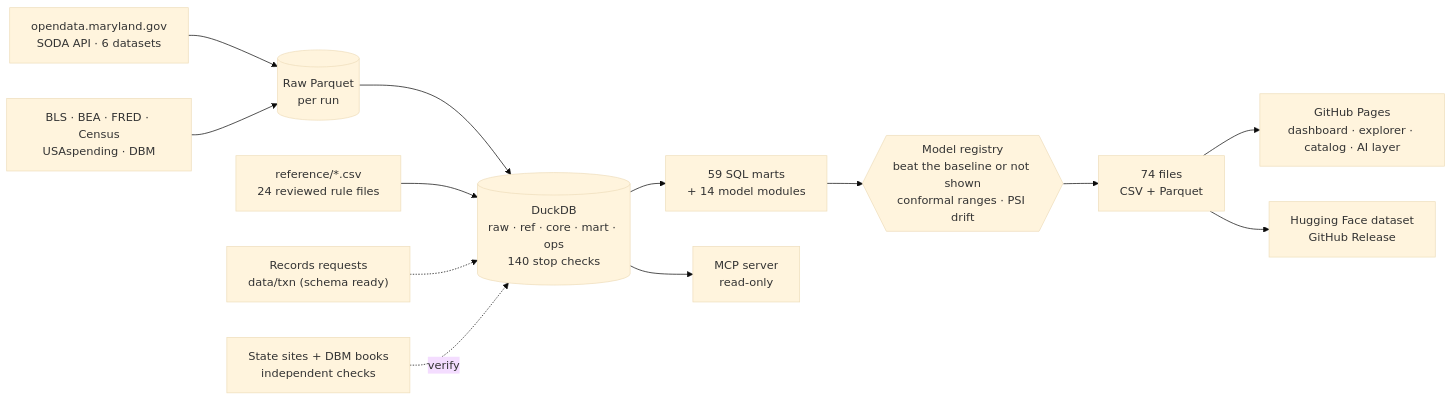
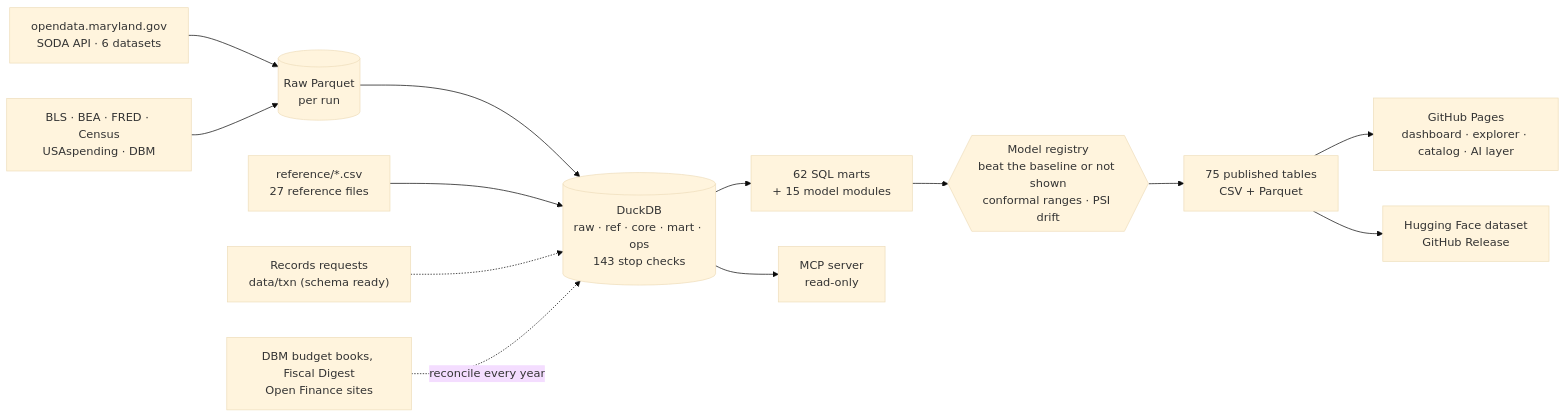
Before and after one commit to EVO3-Ecosystem/gmi-savings-tracker-v3: the diagram in docs/figures/readme/pipeline.mmd, drawn with Mermaid (base theme). The commit also changed 6 other files, not shown here.

```diff
--- a/docs/figures/readme/pipeline.mmd
+++ b/docs/figures/readme/pipeline.mmd
@@ -1,13 +1,13 @@
 flowchart LR
   A["opendata.maryland.gov<br/>SODA API · 6 datasets"] --> R[("Raw Parquet<br/>per run")]
   X["BLS · BEA · FRED · Census<br/>USAspending · DBM"] --> R
-  R --> D[("DuckDB<br/>raw · ref · core · mart · ops<br/>140 stop checks")]
-  F["reference/*.csv<br/>24 reviewed rule files"] --> D
+  R --> D[("DuckDB<br/>raw · ref · core · mart · ops<br/>143 stop checks")]
+  F["reference/*.csv<br/>27 reference files"] --> D
   T["Records requests<br/>data/txn (schema ready)"] -.-> D
-  D --> M["59 SQL marts<br/>+ 14 model modules"]
+  D --> M["62 SQL marts<br/>+ 15 model modules"]
   M --> G{{"Model registry<br/>beat the baseline or not shown<br/>conformal ranges · PSI drift"}}
-  G --> E["74 files<br/>CSV + Parquet"]
+  G --> E["75 published tables<br/>CSV + Parquet"]
   E --> W["GitHub Pages<br/>dashboard · explorer · catalog · AI layer"]
   E --> H["Hugging Face dataset<br/>GitHub Release"]
   D --> P["MCP server<br/>read-only"]
-  V["State sites + DBM books<br/>independent checks"] -.verify.-> D
+  V["DBM budget books, Fiscal Digest<br/>Open Finance sites"] -.reconcile every year.-> D
```
